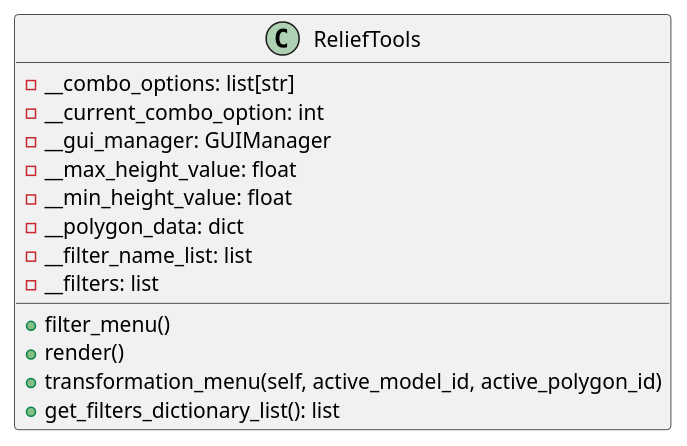
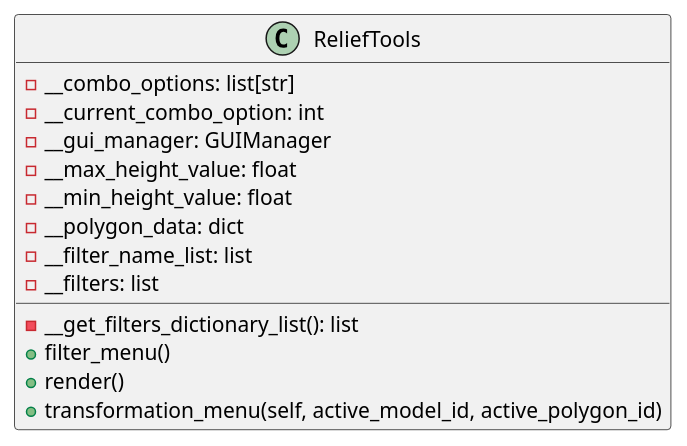
One commit to ferpoble2/Relief_Creator changed the diagram in docs/classes/ReliefTools.puml. Above: the diagram before and after it, drawn with PlantUML. The commit also changed 1 other file, not shown here.

Commit message:
changed method get_filter_dictionary_list to private

```diff
--- a/docs/classes/ReliefTools.puml
+++ b/docs/classes/ReliefTools.puml
@@ -1,18 +1,18 @@
 @startuml
 class ReliefTools {
     - __combo_options: list[str]
     - __current_combo_option: int
     - __gui_manager: GUIManager
     - __max_height_value: float
     - __min_height_value: float
     - __polygon_data: dict
     - __filter_name_list: list
     - __filters: list
 
+    - __get_filters_dictionary_list(): list
     + filter_menu()
     + render()
     + transformation_menu(self, active_model_id, active_polygon_id)
-    + get_filters_dictionary_list(): list
 }
 
 @enduml
```
